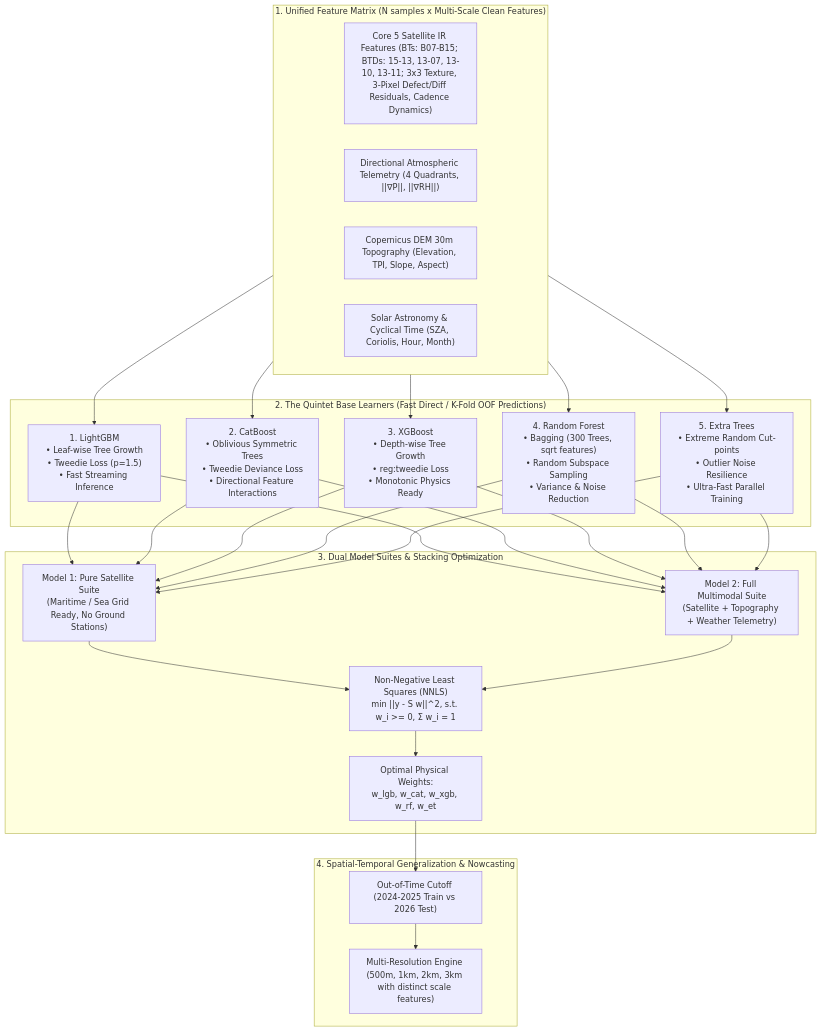
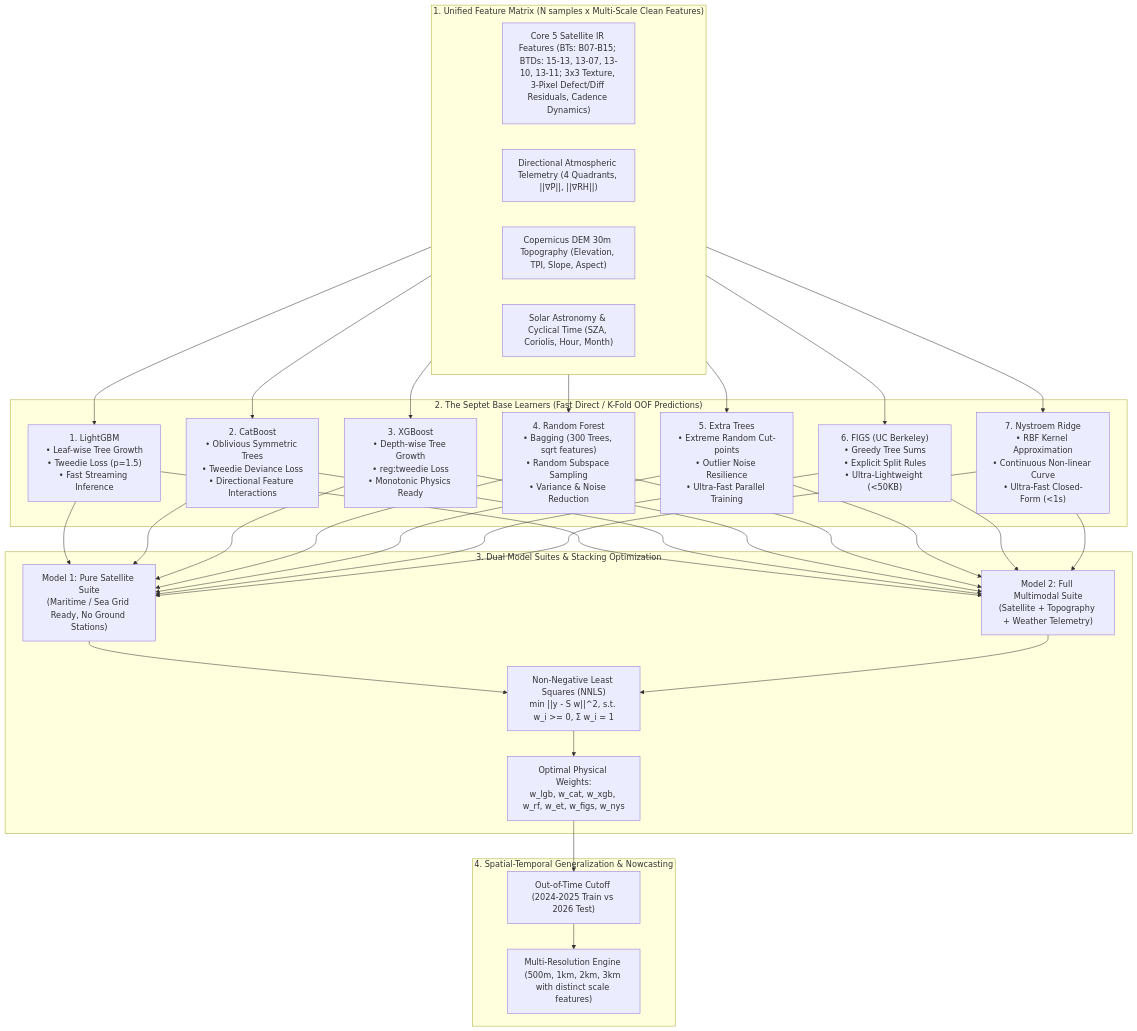
One commit to korarit/dust-from-satellite-image-thailand changed the first of 2 diagrams in technical-model.md. Above: the diagram before and after it, drawn with Mermaid. The commit also changed other lines of this file and 14 other files, not shown here.

Commit message:
feat(model): integrate lightweight FIGS and Nystroem Kernel Ridge into Septet ensemble

````diff
--- a/technical-model.md
+++ b/technical-model.md
@@ -15,34 +15,36 @@
 ```mermaid
 flowchart TD
     subgraph InputMatrix ["1. Unified Feature Matrix (N samples x Multi-Scale Clean Features)"]
         F1["Core 5 Satellite IR Features (BTs: B07-B15; BTDs: 15-13, 13-07, 13-10, 13-11; 3x3 Texture, 3-Pixel Defect/Diff Residuals, Cadence Dynamics)"]
         F2["Directional Atmospheric Telemetry (4 Quadrants, ||∇P||, ||∇RH||)"]
         F3["Copernicus DEM 30m Topography (Elevation, TPI, Slope, Aspect)"]
         F4["Solar Astronomy & Cyclical Time (SZA, Coriolis, Hour, Month)"]
     end
 
-    subgraph QuintetSuite ["2. The Quintet Base Learners (Fast Direct / K-Fold OOF Predictions)"]
+    subgraph SeptetSuite ["2. The Septet Base Learners (Fast Direct / K-Fold OOF Predictions)"]
         LGB["1. LightGBM<br>• Leaf-wise Tree Growth<br>• Tweedie Loss (p=1.5)<br>• Fast Streaming Inference"]
         CAT["2. CatBoost<br>• Oblivious Symmetric Trees<br>• Tweedie Deviance Loss<br>• Directional Feature Interactions"]
         XGB["3. XGBoost<br>• Depth-wise Tree Growth<br>• reg:tweedie Loss<br>• Monotonic Physics Ready"]
         RF["4. Random Forest<br>• Bagging (300 Trees, sqrt features)<br>• Random Subspace Sampling<br>• Variance & Noise Reduction"]
         ET["5. Extra Trees<br>• Extreme Random Cut-points<br>• Outlier Noise Resilience<br>• Ultra-Fast Parallel Training"]
+        FIGS["6. FIGS (UC Berkeley)<br>• Greedy Tree Sums<br>• Explicit Split Rules<br>• Ultra-Lightweight (<50KB)"]
+        NYS["7. Nystroem Ridge<br>• RBF Kernel Approximation<br>• Continuous Non-linear Curve<br>• Ultra-Fast Closed-Form (<1s)"]
     end
 
     subgraph DualArchitectures ["3. Dual Model Suites & Stacking Optimization"]
         M1["Model 1: Pure Satellite Suite<br>(Maritime / Sea Grid Ready, No Ground Stations)"]
         M2["Model 2: Full Multimodal Suite<br>(Satellite + Topography + Weather Telemetry)"]
         NNLS["Non-Negative Least Squares (NNLS)<br>min ||y - S w||^2, s.t. w_i >= 0, Σ w_i = 1"]
-        Weights["Optimal Physical Weights:<br>w_lgb, w_cat, w_xgb, w_rf, w_et"]
+        Weights["Optimal Physical Weights:<br>w_lgb, w_cat, w_xgb, w_rf, w_et, w_figs, w_nys"]
     end
 
     subgraph Evaluation ["4. Spatial-Temporal Generalization & Nowcasting"]
         OOT["Out-of-Time Cutoff (2024-2025 Train vs 2026 Test)"]
         Nowcast["Multi-Resolution Engine (500m, 1km, 2km, 3km with distinct scale features)"]
     end
 
-    InputMatrix --> LGB & CAT & XGB & RF & ET
-    LGB & CAT & XGB & RF & ET --> M1 & M2
+    InputMatrix --> LGB & CAT & XGB & RF & ET & FIGS & NYS
+    LGB & CAT & XGB & RF & ET & FIGS & NYS --> M1 & M2
     M1 & M2 --> NNLS --> Weights
     Weights --> OOT --> Nowcast
 ```
````
